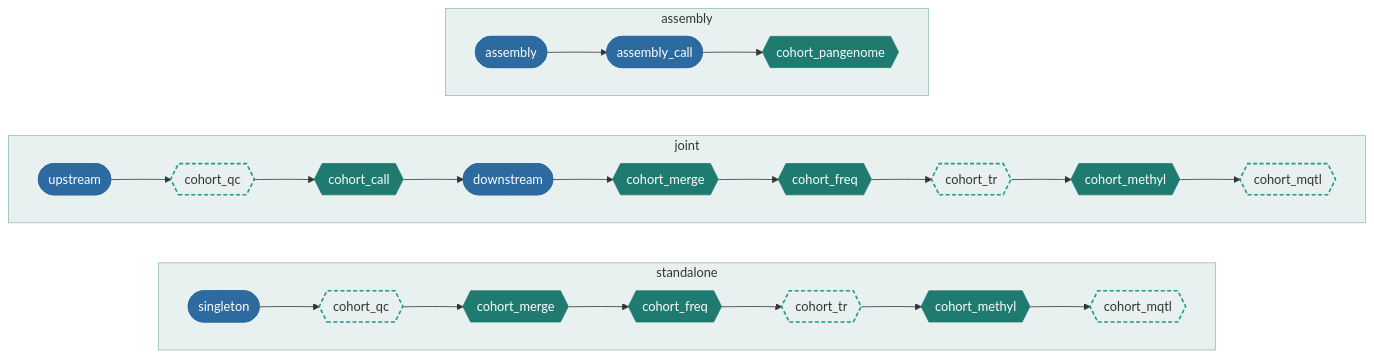
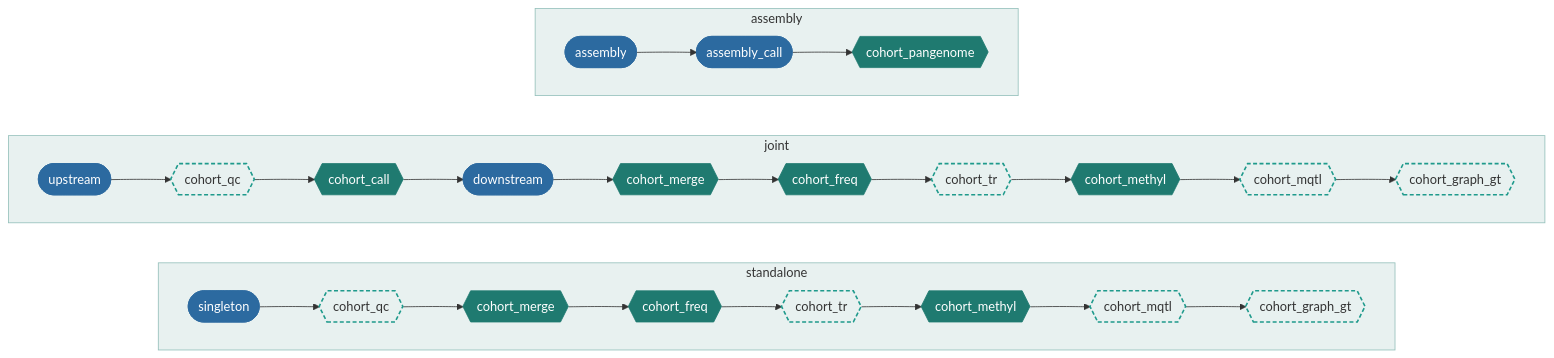
The first of 2 diagrams in docs/guide/01-overview.md (UppsalaGenomeCenter/ugc-wgw), drawn with Mermaid before and after one commit. The commit also changed other lines of this file and 43 other files, not shown here.

````diff
--- a/docs/guide/01-overview.md
+++ b/docs/guide/01-overview.md
@@ -39,21 +39,21 @@
 ```mermaid
 flowchart LR
   subgraph standalone
     direction LR
-    a1(["singleton"]):::sample --> a0{{"cohort_qc"}}:::optional --> a2{{"cohort_merge"}}:::cohort --> a3{{"cohort_freq"}}:::cohort --> a5{{"cohort_tr"}}:::optional --> a4{{"cohort_methyl"}}:::cohort --> a6{{"cohort_mqtl"}}:::optional
+    a1(["singleton"]):::sample --> a0{{"cohort_qc"}}:::optional --> a2{{"cohort_merge"}}:::cohort --> a3{{"cohort_freq"}}:::cohort --> a5{{"cohort_tr"}}:::optional --> a4{{"cohort_methyl"}}:::cohort --> a6{{"cohort_mqtl"}}:::optional --> a9{{"cohort_graph_gt"}}:::optional
   end
   subgraph joint
     direction LR
-    b1(["upstream"]):::sample --> b0{{"cohort_qc"}}:::optional --> b2{{"cohort_call"}}:::cohort --> b3(["downstream"]):::sample --> b4{{"cohort_merge"}}:::cohort --> b5{{"cohort_freq"}}:::cohort --> b7{{"cohort_tr"}}:::optional --> b6{{"cohort_methyl"}}:::cohort --> b8{{"cohort_mqtl"}}:::optional
+    b1(["upstream"]):::sample --> b0{{"cohort_qc"}}:::optional --> b2{{"cohort_call"}}:::cohort --> b3(["downstream"]):::sample --> b4{{"cohort_merge"}}:::cohort --> b5{{"cohort_freq"}}:::cohort --> b7{{"cohort_tr"}}:::optional --> b6{{"cohort_methyl"}}:::cohort --> b8{{"cohort_mqtl"}}:::optional --> b9{{"cohort_graph_gt"}}:::optional
   end
   subgraph assembly
     direction LR
     c1(["assembly"]):::sample --> c2(["assembly_call"]):::sample --> c3{{"cohort_pangenome"}}:::cohort
   end
   classDef default fill:none,stroke:#8a8f95
   classDef sample fill:#2c6aa0,stroke:#2c6aa0,color:#ffffff
   classDef cohort fill:#1f7a70,stroke:#1f7a70,color:#ffffff
   classDef optional fill:none,stroke:#1f9a8c,stroke-width:2px,stroke-dasharray:5 3
   classDef box fill:#1f7a70,fill-opacity:0.10,stroke:#1f7a70,stroke-opacity:0.45
   class standalone,joint,assembly box
 ```
````
